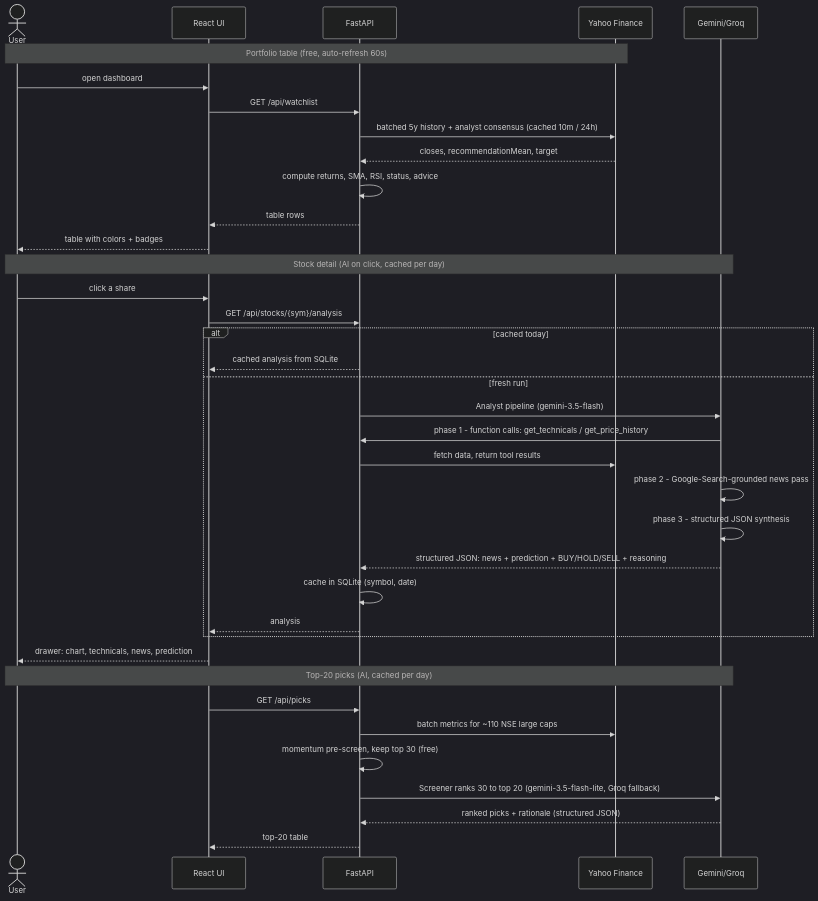
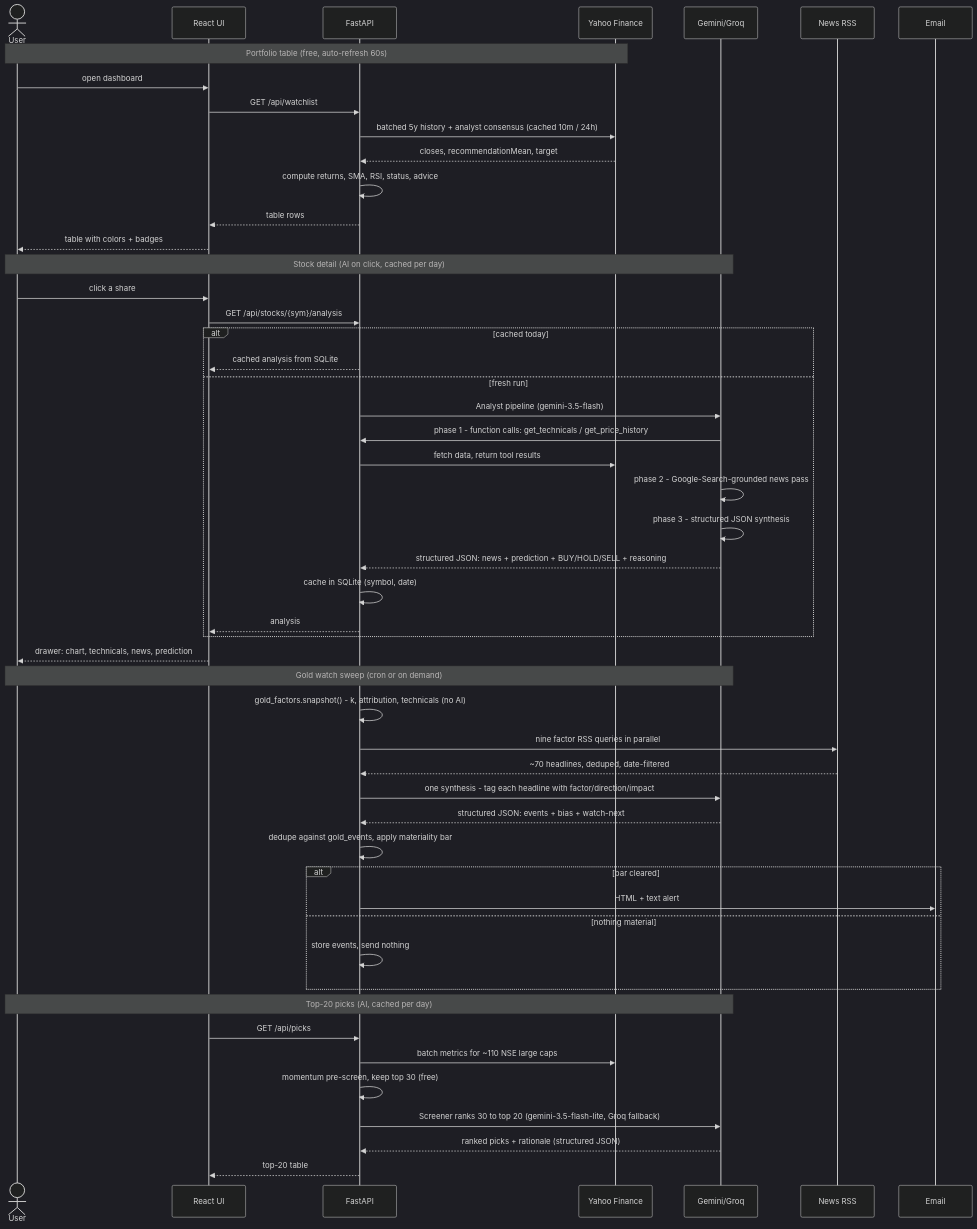
The second of 5 diagrams in DESIGN.md (deepaknegi16/investment_adviser), drawn with Mermaid (dark theme) before and after one commit. The commit also changed other lines of this file and 19 other files, not shown here.

First line of the commit message:
Gold Watch agent: factor monitor for GOLDBEES with email alerts

````diff
--- a/DESIGN.md
+++ b/DESIGN.md
@@ -54,42 +72,57 @@
 ```mermaid
 sequenceDiagram
     actor U as User
     participant F as React UI
     participant B as FastAPI
     participant Y as Yahoo Finance
     participant O as Gemini/Groq
+    participant RSS as News RSS
+    participant SMTP as Email
 
     Note over U,Y: Portfolio table (free, auto-refresh 60s)
     U->>F: open dashboard
     F->>B: GET /api/watchlist
     B->>Y: batched 5y history + analyst consensus (cached 10m / 24h)
     Y-->>B: closes, recommendationMean, target
     B->>B: compute returns, SMA, RSI, status, advice
     B-->>F: table rows
     F-->>U: table with colors + badges
 
     Note over U,O: Stock detail (AI on click, cached per day)
     U->>F: click a share
     F->>B: GET /api/stocks/{sym}/analysis
     alt cached today
         B-->>F: cached analysis from SQLite
     else fresh run
         B->>O: Analyst pipeline (gemini-3.5-flash)
         O->>B: phase 1 - function calls: get_technicals / get_price_history
         B->>Y: fetch data, return tool results
         O->>O: phase 2 - Google-Search-grounded news pass
         O->>O: phase 3 - structured JSON synthesis
         O-->>B: structured JSON: news + prediction + BUY/HOLD/SELL + reasoning
         B->>B: cache in SQLite (symbol, date)
         B-->>F: analysis
     end
     F-->>U: drawer: chart, technicals, news, prediction
 
+    Note over U,O: Gold watch sweep (cron or on demand)
+    B->>B: gold_factors.snapshot() - k, attribution, technicals (no AI)
+    B->>RSS: nine factor RSS queries in parallel
+    RSS-->>B: ~70 headlines, deduped, date-filtered
+    B->>O: one synthesis - tag each headline with factor/direction/impact
+    O-->>B: structured JSON: events + bias + watch-next
+    B->>B: dedupe against gold_events, apply materiality bar
+    alt bar cleared
+        B->>SMTP: HTML + text alert
+    else nothing material
+        B->>B: store events, send nothing
+    end
+
     Note over U,O: Top-20 picks (AI, cached per day)
     F->>B: GET /api/picks
     B->>Y: batch metrics for ~110 NSE large caps
     B->>B: momentum pre-screen, keep top 30 (free)
     B->>O: Screener ranks 30 to top 20 (gemini-3.5-flash-lite, Groq fallback)
     O-->>B: ranked picks + rationale (structured JSON)
     B-->>F: top-20 table
 ```
````
